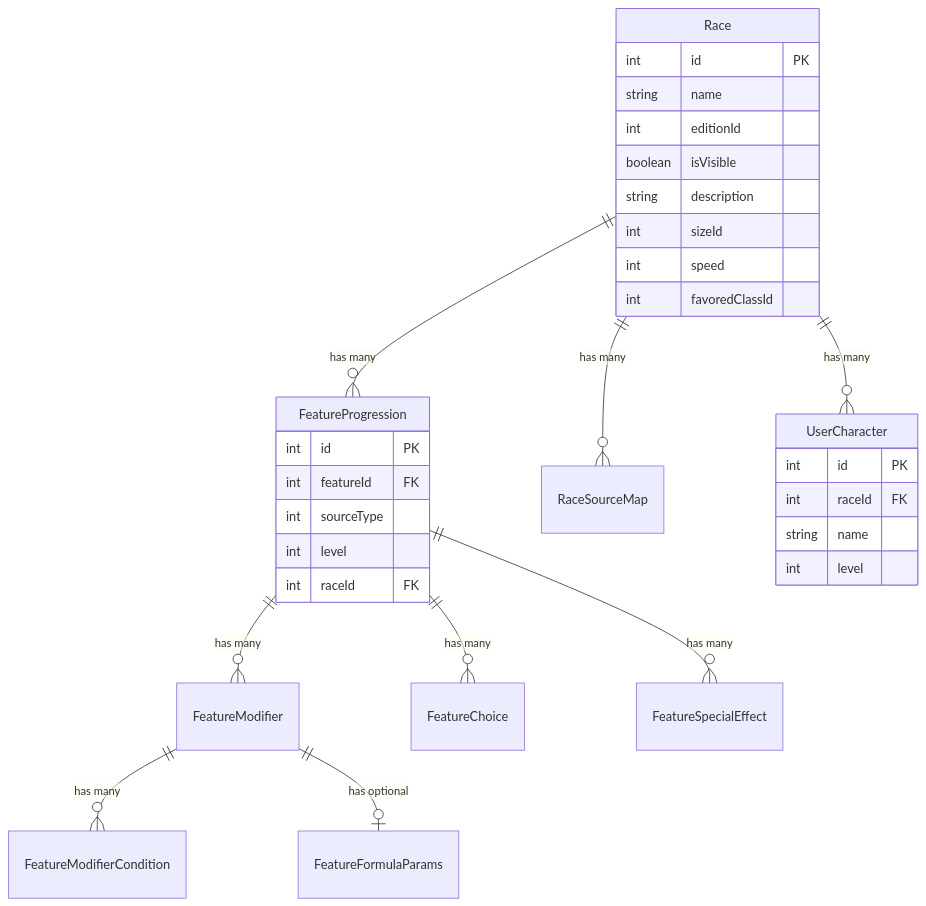
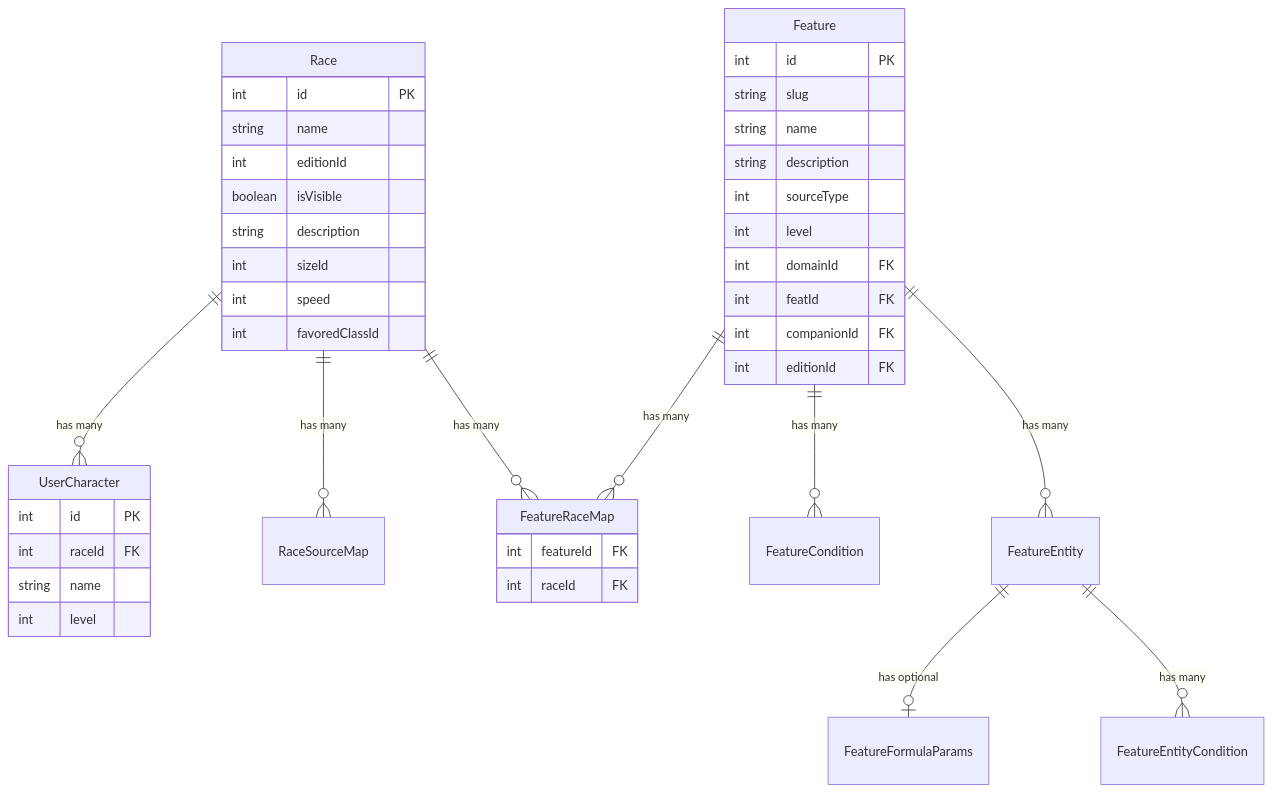
Before and after one commit to Cezero/dnd_tools: the diagram in packages/shared/docs/race-system/architecture-principles.md, drawn with Mermaid. The commit also changed other lines of this file and 374 other files, not shown here.

````diff
--- a/packages/shared/docs/race-system/architecture-principles.md
+++ b/packages/shared/docs/race-system/architecture-principles.md
@@ -135,39 +136,49 @@
 ```mermaid
 erDiagram
-    Race ||--o{ FeatureProgression : "has many"
+    Race ||--o{ FeatureRaceMap : "has many"
     Race ||--o{ RaceSourceMap : "has many"
     Race ||--o{ UserCharacter : "has many"
     
-    FeatureProgression ||--o{ FeatureModifier : "has many"
-    FeatureProgression ||--o{ FeatureChoice : "has many"
-    FeatureProgression ||--o{ FeatureSpecialEffect : "has many"
+    Feature ||--o{ FeatureEntity : "has many"
+    Feature ||--o{ FeatureCondition : "has many"
+    Feature ||--o{ FeatureRaceMap : "has many"
     
-    FeatureModifier ||--o{ FeatureModifierCondition : "has many"
-    FeatureModifier ||--o| FeatureFormulaParams : "has optional"
+    FeatureEntity ||--o{ FeatureEntityCondition : "has many"
+    FeatureEntity ||--o| FeatureFormulaParams : "has optional"
     
     Race {
         int id PK
         string name
         int editionId
         boolean isVisible
         string description
         int sizeId
         int speed
         int favoredClassId
     }
     
-    FeatureProgression {
+    Feature {
         int id PK
-        int featureId FK
+        string slug
+        string name
+        string description
         int sourceType
         int level
+        int domainId FK
+        int featId FK
+        int companionId FK
+        int editionId FK
+    }
+    
+    FeatureRaceMap {
+        int featureId FK
         int raceId FK
     }
     
     UserCharacter {
         int id PK
         int raceId FK
         string name
         int level
     }
 ```
````
